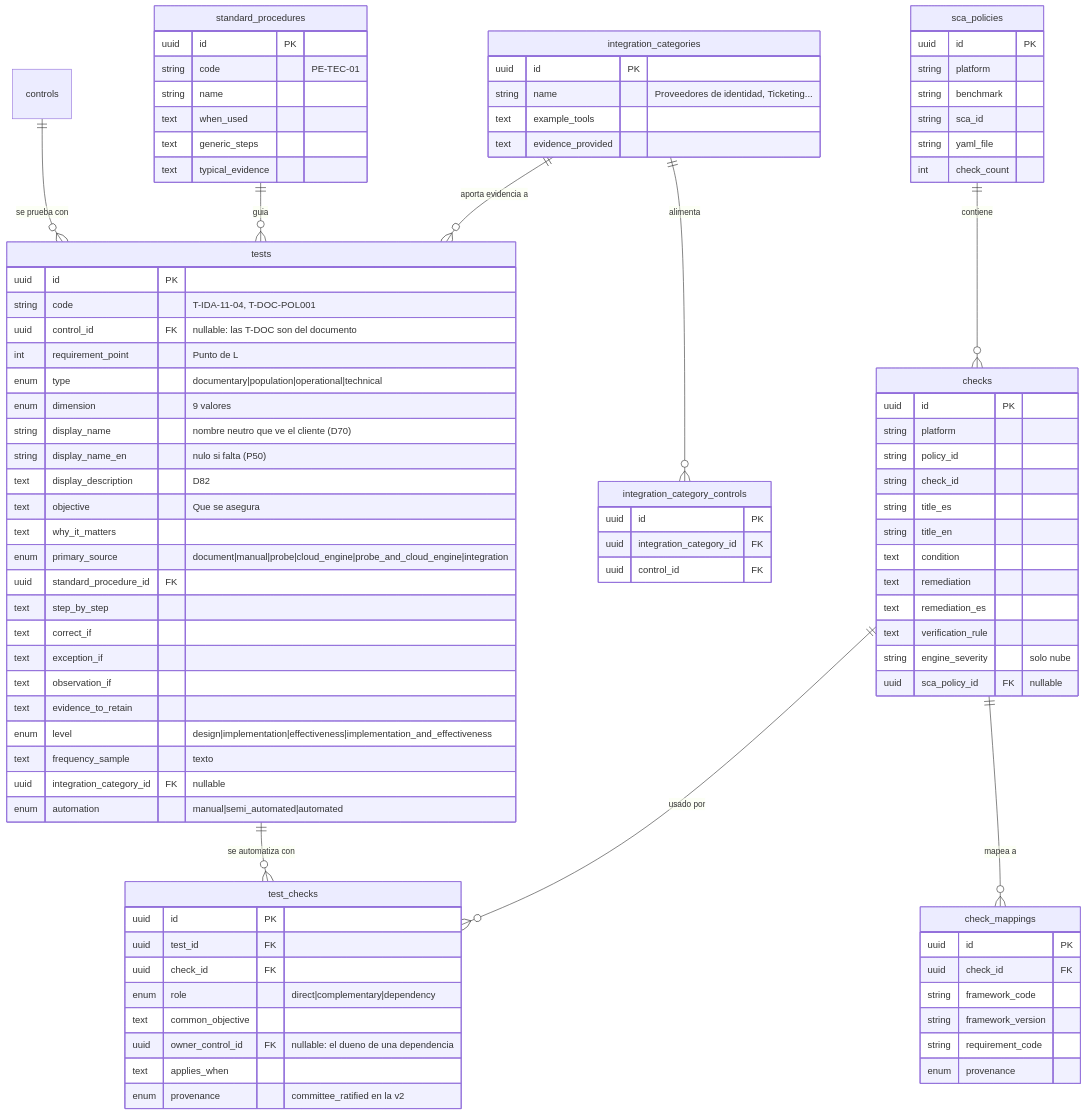
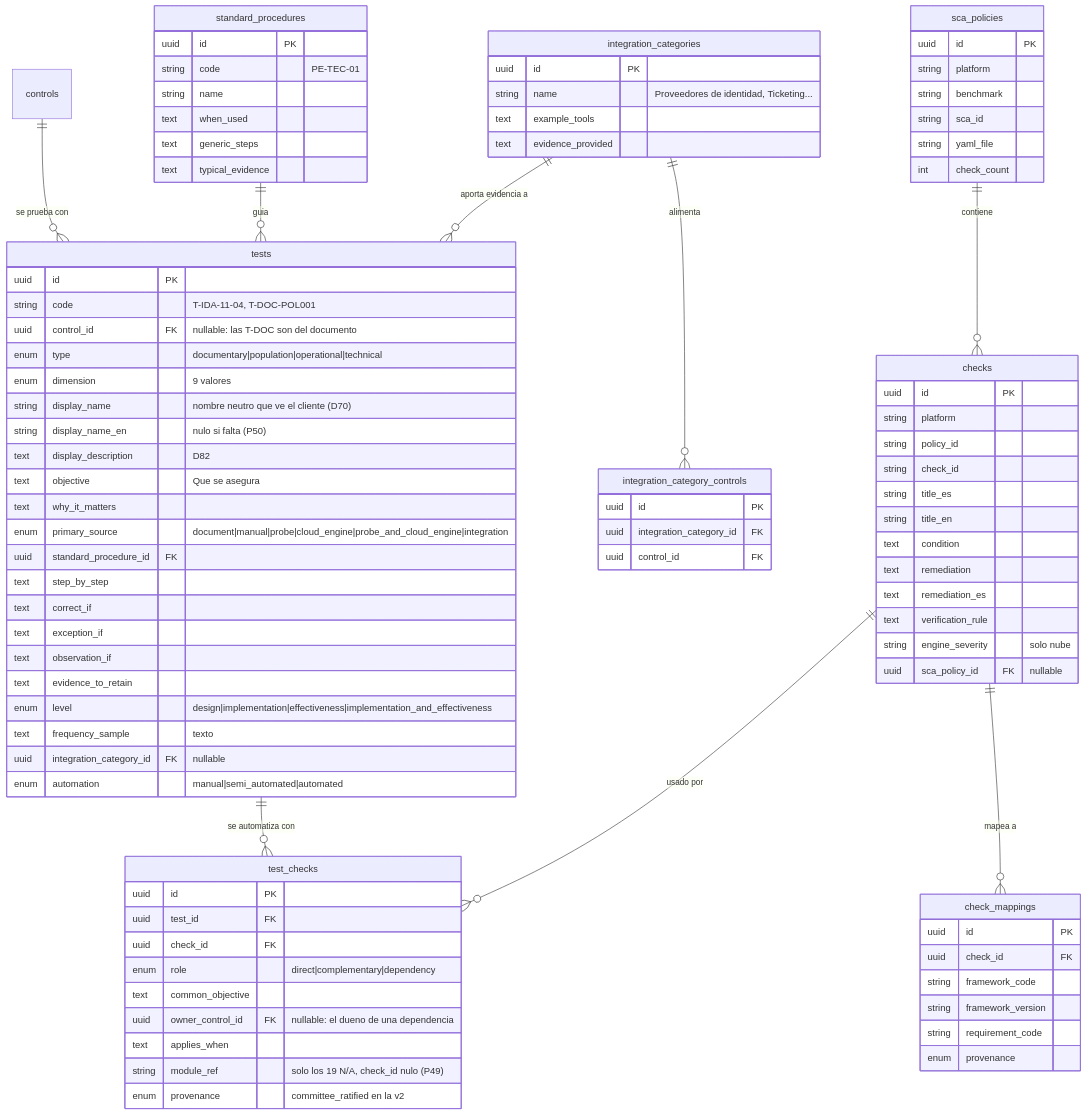
One commit to Monkey-GRC/Monkey-Brain-IA changed the third of 5 diagrams in skills/product/monkey-compliance-council/references/datos/modelo/03-catalogo-maestro.md. Above: the diagram before and after it, drawn with Mermaid. The commit also changed other lines of this file and 14 other files, not shown here.

Commit message:
docs(brain): catalog v2 load contract, D139 additive load with v1 bridges, DT-113, model and roadmap updates (MD-491)

```diff
--- a/skills/product/monkey-compliance-council/references/datos/modelo/03-catalogo-maestro.md
+++ b/skills/product/monkey-compliance-council/references/datos/modelo/03-catalogo-maestro.md
@@ -165,7 +166,6 @@
         uuid id PK
         string code "T-IDA-11-04, T-DOC-POL001"
         uuid control_id FK "nullable: las T-DOC son del documento"
-        int requirement_point "Punto de L"
         enum type "documentary|population|operational|technical"
         enum dimension "9 valores"
         string display_name "nombre neutro que ve el cliente (D70)"
@@ -226,6 +226,7 @@
         text common_objective
         uuid owner_control_id FK "nullable: el dueno de una dependencia"
         text applies_when
+        string module_ref "solo los 19 N/A, check_id nulo (P49)"
         enum provenance "committee_ratified en la v2"
     }
     check_mappings {
```
